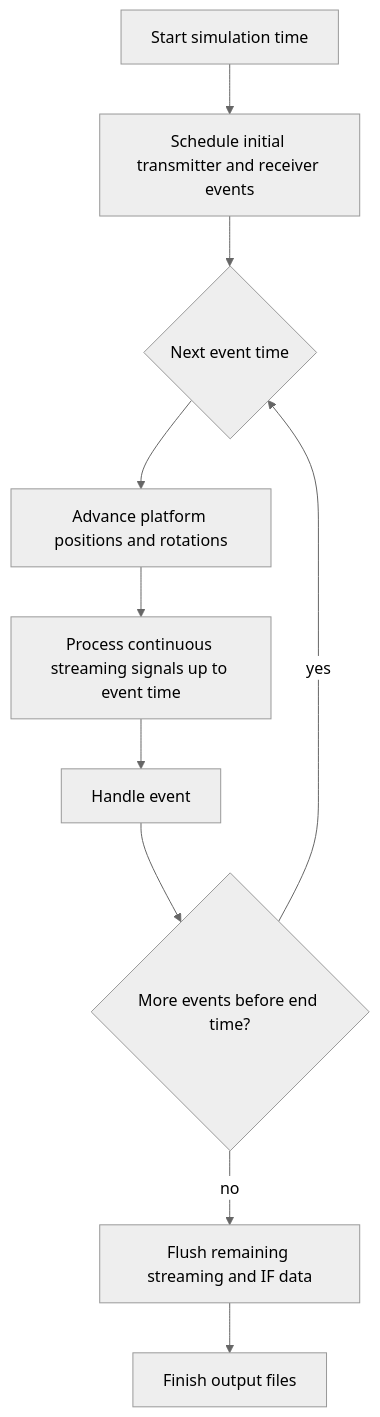
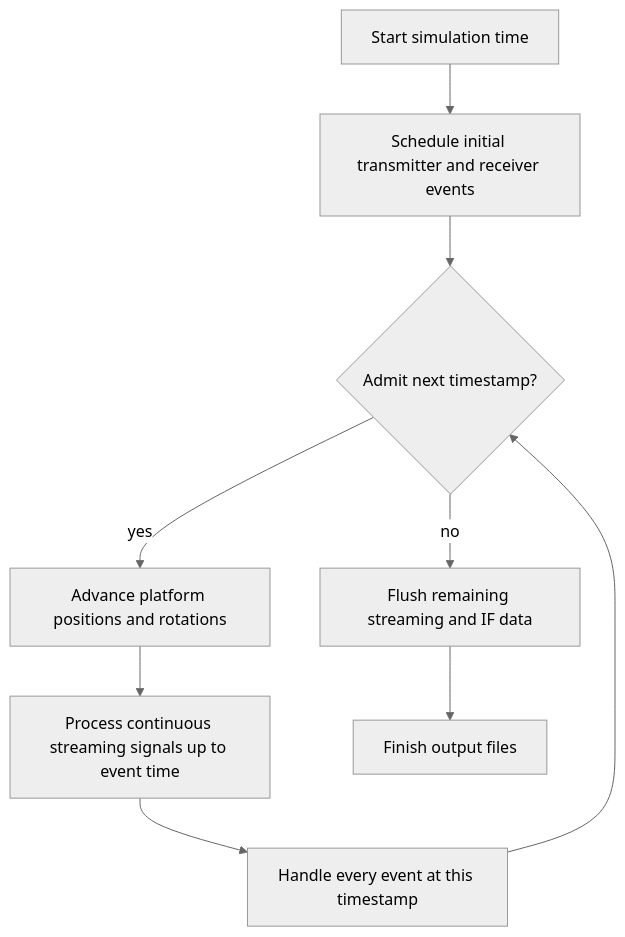
The fourth of 10 diagrams in docs/wiki/Simulation-Pipelines.md (davidbits/FERS), drawn with Mermaid (neutral theme) before and after one commit. The commit also changed other lines of this file and 3 other files, not shown here.

First line of the commit message:
fix(core): finish equal-time event batches

````diff
--- a/docs/wiki/Simulation-Pipelines.md
+++ b/docs/wiki/Simulation-Pipelines.md
@@ -75,12 +75,11 @@
 ```mermaid
 flowchart TD
     A[Start simulation time] --> B[Schedule initial transmitter and receiver events]
-    B --> C{Next event time}
-    C --> D[Advance platform positions and rotations]
+    B --> C{Admit next timestamp?}
+    C -- yes --> D[Advance platform positions and rotations]
     D --> E[Process continuous streaming signals up to event time]
-    E --> F[Handle event]
-    F --> G{More events before end time?}
-    G -- yes --> C
-    G -- no --> H[Flush remaining streaming and IF data]
+    E --> F[Handle every event at this timestamp]
+    F --> C
+    C -- no --> H[Flush remaining streaming and IF data]
     H --> I[Finish output files]
 ```
````
